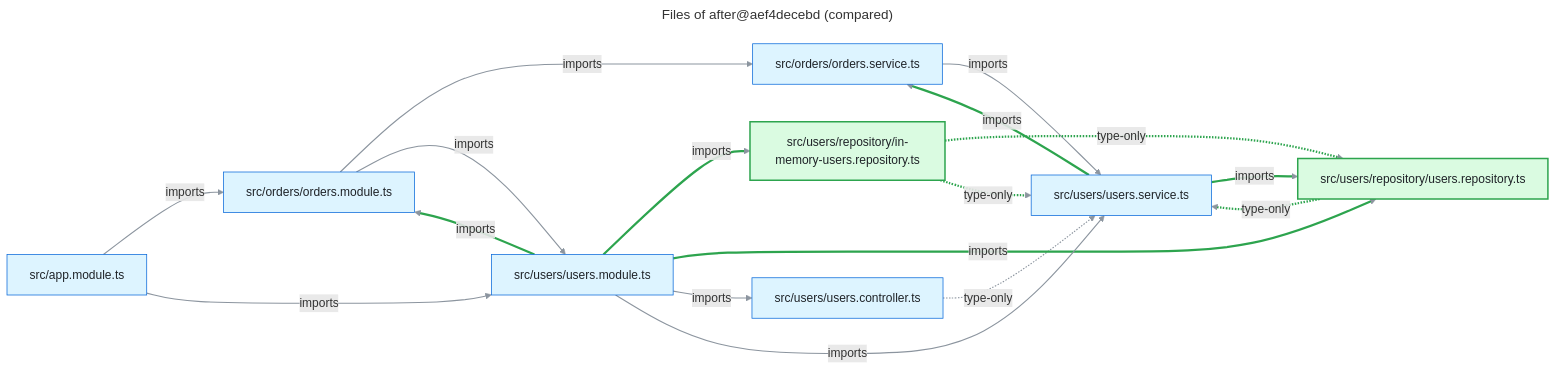
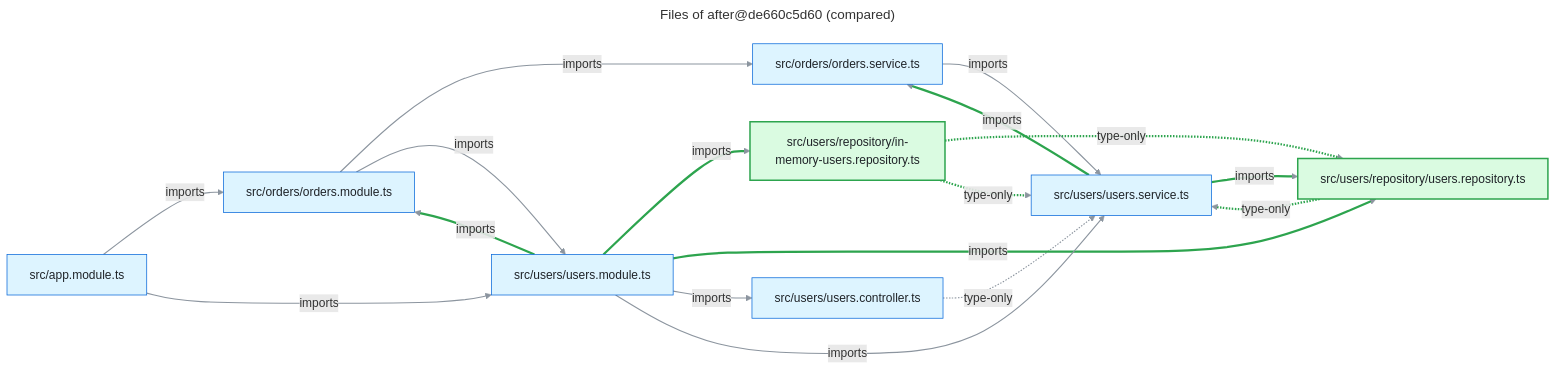
Before and after one commit to FullFran/archsieve: the diagram in examples/nest-shop/files-compare.mmd, drawn with Mermaid. The commit also changed 43 other files, not shown here.

```diff
--- a/examples/nest-shop/files-compare.mmd
+++ b/examples/nest-shop/files-compare.mmd
@@ -1,47 +1,47 @@
 ---
-title: "Files of after@aef4decebd (compared)"
+title: "Files of after@de660c5d60 (compared)"
 ---
 flowchart LR
   n0["src/app.module.ts"]:::code
   n1["src/orders/orders.module.ts"]:::code
   n2["src/orders/orders.service.ts"]:::code
   n3["src/users/repository/in-memory-users.repository.ts"]:::added
   n4["src/users/repository/users.repository.ts"]:::added
   n5["src/users/users.controller.ts"]:::code
   n6["src/users/users.module.ts"]:::code
   n7["src/users/users.service.ts"]:::code
   n0 -->|"imports"| n1
   n0 -->|"imports"| n6
   n1 -->|"imports"| n2
   n1 -->|"imports"| n6
   n2 -->|"imports"| n7
   n3 -.->|"type-only"| n4
   n3 -.->|"type-only"| n7
   n4 -.->|"type-only"| n7
   n5 -.->|"type-only"| n7
   n6 -->|"imports"| n1
   n6 -->|"imports"| n3
   n6 -->|"imports"| n4
   n6 -->|"imports"| n5
   n6 -->|"imports"| n7
   n7 -->|"imports"| n2
   n7 -->|"imports"| n4
   linkStyle default stroke:#8c959f,stroke-width:1.5px
   linkStyle 5 stroke:#2da44e,stroke-width:3px
   linkStyle 6 stroke:#2da44e,stroke-width:3px
   linkStyle 7 stroke:#2da44e,stroke-width:3px
   linkStyle 9 stroke:#2da44e,stroke-width:3px
   linkStyle 10 stroke:#2da44e,stroke-width:3px
   linkStyle 11 stroke:#2da44e,stroke-width:3px
   linkStyle 14 stroke:#2da44e,stroke-width:3px
   linkStyle 15 stroke:#2da44e,stroke-width:3px
   classDef code fill:#ddf4ff,stroke:#0969da,color:#1f2328
   classDef external fill:#fff8c5,stroke:#9a6700,color:#1f2328
   classDef module fill:#fbefff,stroke:#8250df,color:#1f2328
   classDef added fill:#dafbe1,stroke:#2da44e,stroke-width:2px,color:#1f2328
   classDef removed fill:#ffebe9,stroke:#cf222e,stroke-dasharray:4 3,color:#1f2328
   classDef boundary fill:#f6f8fa,stroke:#57606a,stroke-dasharray:6 4,color:#1f2328
   classDef container fill:#ddf4ff,stroke:#0969da,stroke-width:2px,color:#1f2328
   classDef unverified fill:#ffffff,stroke:#0969da,stroke-width:2px,stroke-dasharray:5 3,color:#1f2328
   classDef undeclared fill:#fff1e5,stroke:#bc4c00,stroke-width:2px,color:#1f2328
   classDef focus fill:#ddf4ff,stroke:#0969da,stroke-width:4px,color:#1f2328
```
